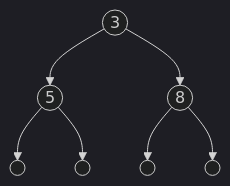
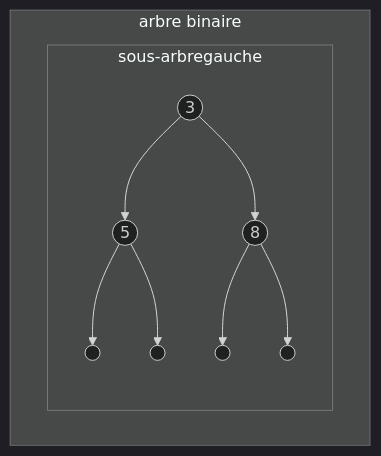
The first of 6 diagrams in terminale/Structures_arborescentes_de_données/Arbres_binaires.md (boddaert/nsi), drawn with Mermaid (dark theme) before and after one commit. The commit also changed 4 other files, not shown here.

````diff
--- a/terminale/Structures_arborescentes_de_données/Arbres_binaires.md
+++ b/terminale/Structures_arborescentes_de_données/Arbres_binaires.md
@@ -47,16 +47,20 @@
 ```mermaid
 flowchart TB
-    A((3))
-    B((5))
-    C((8))
-    D((" "))
-    E((" "))
-    F((" "))
-    G((" "))
-    A --> B
-    B --> D
-    B --> E
-    A --> C
-    C --> F
-    C --> G
+    subgraph arbre binaire
+        A((3))
+        subgraph sous-arbregauche
+        B((5))
+        C((8))
+        D((" "))
+        E((" "))
+        F((" "))
+        G((" "))
+        A --> B
+        B --> D
+        B --> E
+        A --> C
+        C --> F
+        C --> G
+        end
+    end
 ```
````
